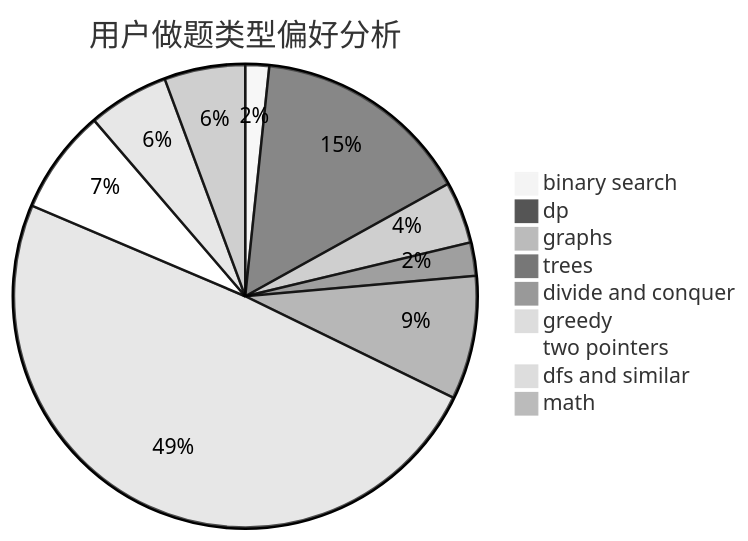
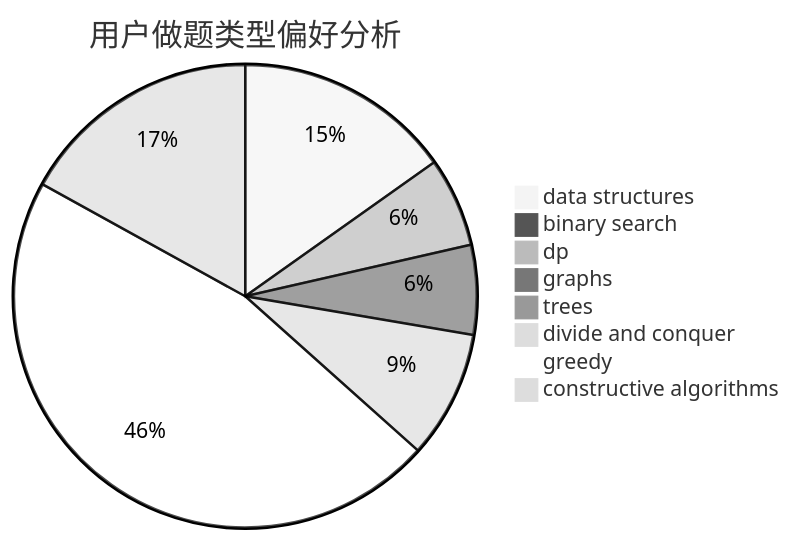
Before and after one commit to sherpahu/cfrs.github.io: the second of 3 diagrams in docs/user/u535.md, drawn with Mermaid (neutral theme). The commit also changed other lines of this file and 2775 other files, not shown here.

````diff
--- a/docs/user/u535.md
+++ b/docs/user/u535.md
@@ -23,12 +23,11 @@
 ```mermaid
 pie title 用户做题类型偏好分析
-    "binary search" :  5
-    "dp" :  46
-    "graphs" :  13
-    "trees" :  7
-    "divide and conquer" :  26
-    "greedy" :  148
-    "two pointers" :  22
-    "dfs and similar" :  17
-    "math" :  17
+    "data structures" :  17
+    "binary search" :  1
+    "dp" :  7
+    "graphs" :  7
+    "trees" :  1
+    "divide and conquer" :  10
+    "greedy" :  52
+    "constructive algorithms" :  19
 ```
````
